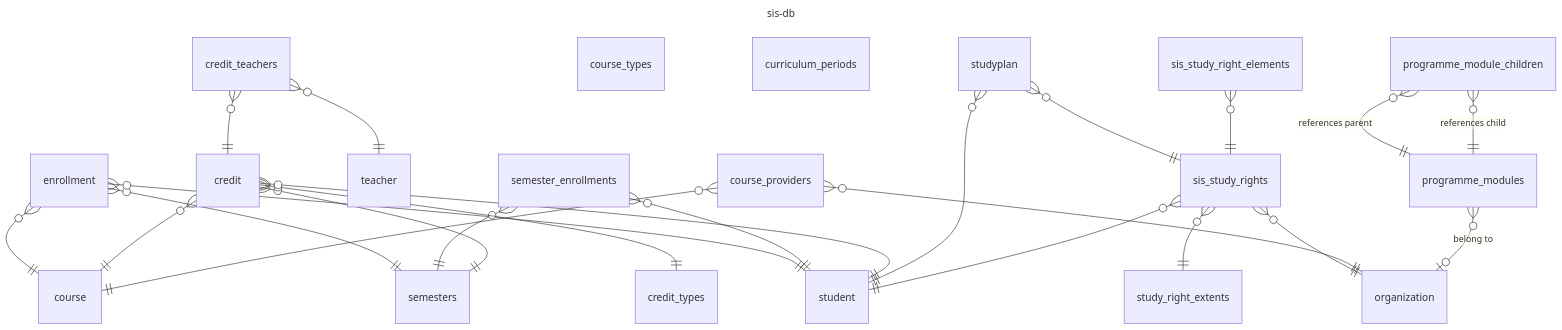
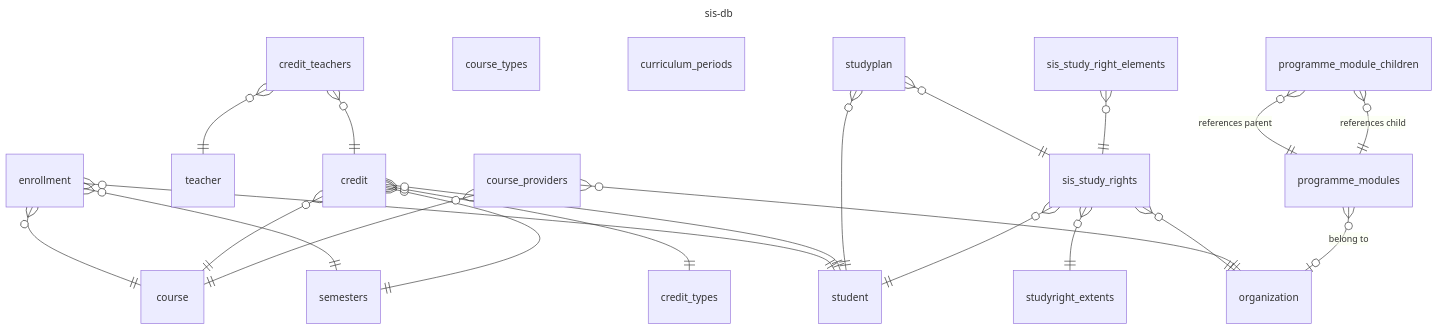
Before and after one commit to UniversityOfHelsinkiCS/oodikone: the first of 3 diagrams in documentation/databases.md, drawn with Mermaid. The commit also changed 1 other file, not shown here.

Commit message:
[Docs] Update documentation after deleting some tables in the db

````diff
--- a/documentation/databases.md
+++ b/documentation/databases.md
@@ -13,30 +13,28 @@
 ```mermaid
 ---
 title: sis-db
 ---
 erDiagram
   enrollment }o--|| course : ""
   enrollment }o--|| semesters : ""
   enrollment }o--|| student : ""
-  semester_enrollments }o--|| semesters : ""
-  semester_enrollments }o--|| student : ""
   credit_teachers }o--|| teacher : ""
   course_types
   curriculum_periods
   credit_teachers }o--|| credit : ""
   credit }o--|| course : ""
   credit }o--|| semesters : ""
   credit }o--|| credit_types : ""
   credit }o--|| student : ""
   studyplan }o--|| student : ""
   studyplan }o--|| sis_study_rights : ""
-  sis_study_rights }o--|| study_right_extents : ""
+  sis_study_rights }o--|| studyright_extents : ""
   sis_study_rights }o--|| organization : ""
   sis_study_rights }o--|| student : ""
   sis_study_right_elements }o--|| sis_study_rights : ""
   course_providers }o--|| organization : ""
   course_providers }o--|| course : ""
   programme_module_children }o--|| programme_modules : "references parent"
   programme_module_children }o--|| programme_modules : "references child"
   programme_modules }o--o| organization : "belong to"
 ```
````
